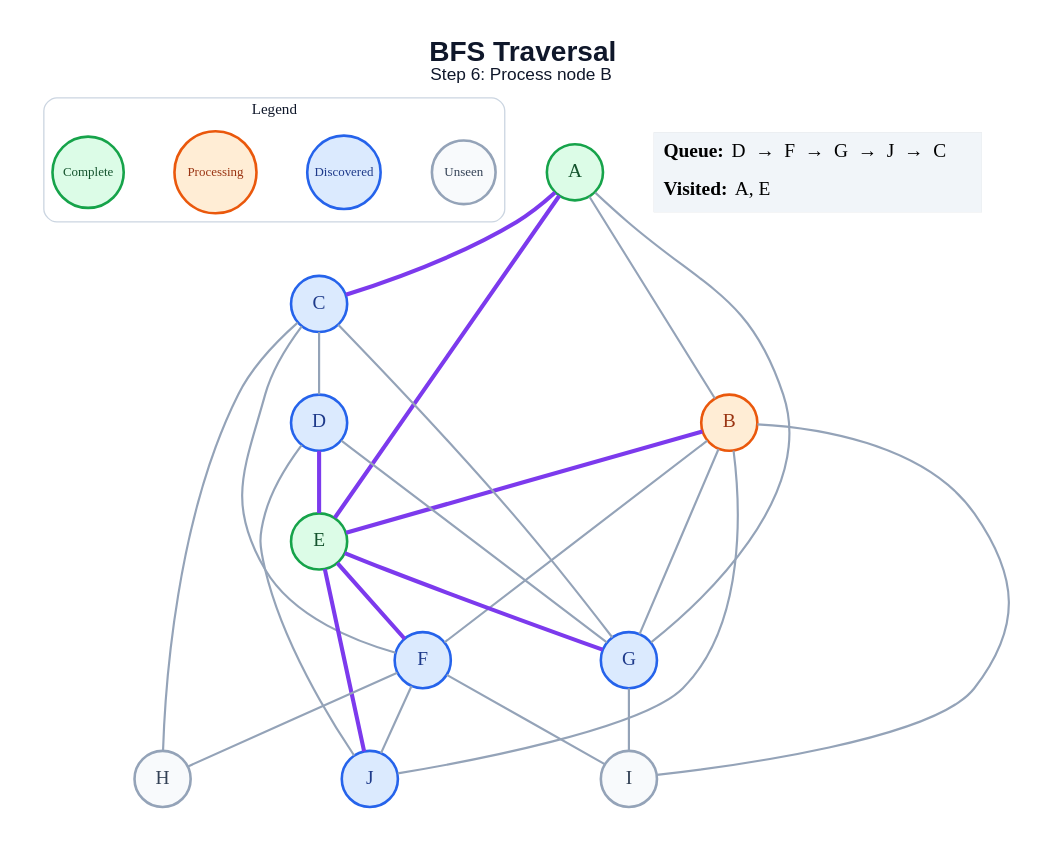
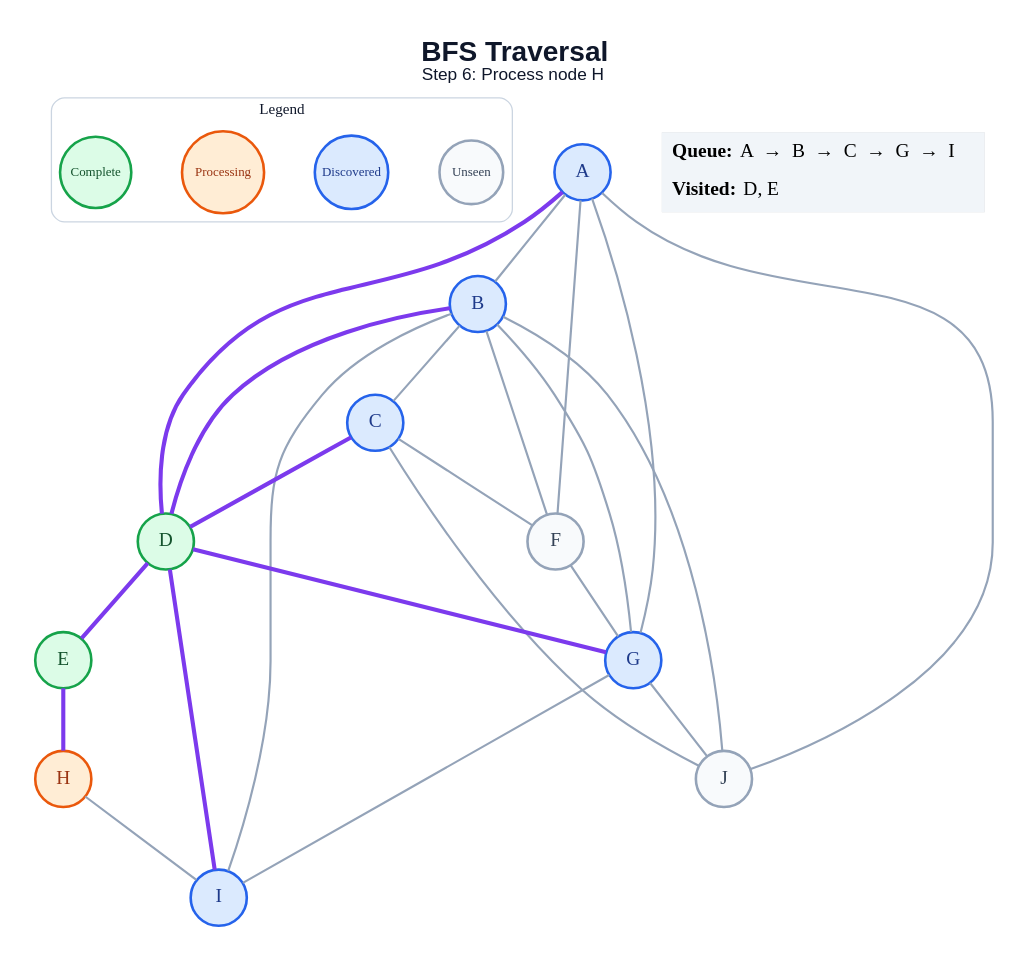
One commit to amanghodawala9/ai-slop changed the diagram in generated/specific-node/bfs/step_06.dot. Above: the diagram before and after it, drawn with Graphviz. The commit also changed 178 other files, not shown here.

```diff
--- a/generated/specific-node/bfs/step_06.dot
+++ b/generated/specific-node/bfs/step_06.dot
@@ -1,52 +1,51 @@
 graph traversal {
   graph [layout=dot, rankdir=TB, bgcolor="#FFFFFF", pad="0.35", nodesep="0.65", ranksep="0.8", fontname="Arial"];
   node [shape=circle, style="filled", fontname="Arial Bold", fontsize=18, width=0.72, fixedsize=true, penwidth=2.4];
   edge [color="#94A3B8", penwidth=2.0];
-  label=<<B>BFS Traversal</B><BR/><FONT POINT-SIZE="16">Step 6: Process node B</FONT>>; labelloc="t"; fontsize=26; fontname="Arial"; fontcolor="#0F172A";
+  label=<<B>BFS Traversal</B><BR/><FONT POINT-SIZE="16">Step 6: Process node H</FONT>>; labelloc="t"; fontsize=26; fontname="Arial"; fontcolor="#0F172A";
   subgraph cluster_legend { label="Legend"; color="#CBD5E1"; penwidth=1.2; style="rounded"; fontsize=14; fontname="Arial Bold";
     key_unseen [label="Unseen", fillcolor="#F8FAFC", color="#94A3B8", fontcolor="#334155", fontsize=12, width=0.82];
     key_frontier [label="Discovered", fillcolor="#DBEAFE", color="#2563EB", fontcolor="#1E3A8A", fontsize=12, width=0.95];
     key_current [label="Processing", fillcolor="#FFEDD5", color="#EA580C", fontcolor="#9A3412", fontsize=12, width=1.05];
     key_done [label="Complete", fillcolor="#DCFCE7", color="#16A34A", fontcolor="#14532D", fontsize=12, width=0.92];
     { rank=same; key_unseen; key_frontier; key_current; key_done; }
   }
-  A [fillcolor="#DCFCE7", color="#16A34A", fontcolor="#14532D"];
-  B [fillcolor="#FFEDD5", color="#EA580C", fontcolor="#9A3412"];
+  A [fillcolor="#DBEAFE", color="#2563EB", fontcolor="#1E3A8A"];
+  B [fillcolor="#DBEAFE", color="#2563EB", fontcolor="#1E3A8A"];
   C [fillcolor="#DBEAFE", color="#2563EB", fontcolor="#1E3A8A"];
-  D [fillcolor="#DBEAFE", color="#2563EB", fontcolor="#1E3A8A"];
+  D [fillcolor="#DCFCE7", color="#16A34A", fontcolor="#14532D"];
   E [fillcolor="#DCFCE7", color="#16A34A", fontcolor="#14532D"];
-  F [fillcolor="#DBEAFE", color="#2563EB", fontcolor="#1E3A8A"];
+  F [fillcolor="#F8FAFC", color="#94A3B8", fontcolor="#334155"];
   G [fillcolor="#DBEAFE", color="#2563EB", fontcolor="#1E3A8A"];
-  H [fillcolor="#F8FAFC", color="#94A3B8", fontcolor="#334155"];
-  I [fillcolor="#F8FAFC", color="#94A3B8", fontcolor="#334155"];
-  J [fillcolor="#DBEAFE", color="#2563EB", fontcolor="#1E3A8A"];
+  H [fillcolor="#FFEDD5", color="#EA580C", fontcolor="#9A3412"];
+  I [fillcolor="#DBEAFE", color="#2563EB", fontcolor="#1E3A8A"];
+  J [fillcolor="#F8FAFC", color="#94A3B8", fontcolor="#334155"];
   A -- B;
-  A -- C [color="#7C3AED", penwidth=3.8];
-  A -- E [color="#7C3AED", penwidth=3.8];
+  A -- D [color="#7C3AED", penwidth=3.8];
+  A -- F;
   A -- G;
-  B -- E [color="#7C3AED", penwidth=3.8];
+  A -- J;
+  B -- C;
+  B -- D [color="#7C3AED", penwidth=3.8];
   B -- F;
   B -- G;
   B -- I;
   B -- J;
-  C -- D;
+  C -- D [color="#7C3AED", penwidth=3.8];
   C -- F;
-  C -- G;
-  C -- H;
+  C -- J;
   D -- E [color="#7C3AED", penwidth=3.8];
-  D -- G;
-  D -- J;
-  E -- F [color="#7C3AED", penwidth=3.8];
-  E -- G [color="#7C3AED", penwidth=3.8];
-  E -- J [color="#7C3AED", penwidth=3.8];
-  F -- H;
-  F -- I;
-  F -- J;
+  D -- G [color="#7C3AED", penwidth=3.8];
+  D -- I [color="#7C3AED", penwidth=3.8];
+  E -- H [color="#7C3AED", penwidth=3.8];
+  F -- G;
   G -- I;
+  G -- J;
+  H -- I;
   status [shape=plain, fixedsize=false, width=0, height=0, margin=0, label=<
     <TABLE BORDER="0" CELLBORDER="0" CELLPADDING="7" BGCOLOR="#F1F5F9">
-      <TR><TD ALIGN="LEFT"><B>Queue:</B> D  →  F  →  G  →  J  →  C</TD></TR>
-      <TR><TD ALIGN="LEFT"><B>Visited:</B> A, E</TD></TR>
+      <TR><TD ALIGN="LEFT"><B>Queue:</B> A  →  B  →  C  →  G  →  I</TD></TR>
+      <TR><TD ALIGN="LEFT"><B>Visited:</B> D, E</TD></TR>
     </TABLE>
   >];
 }
```
